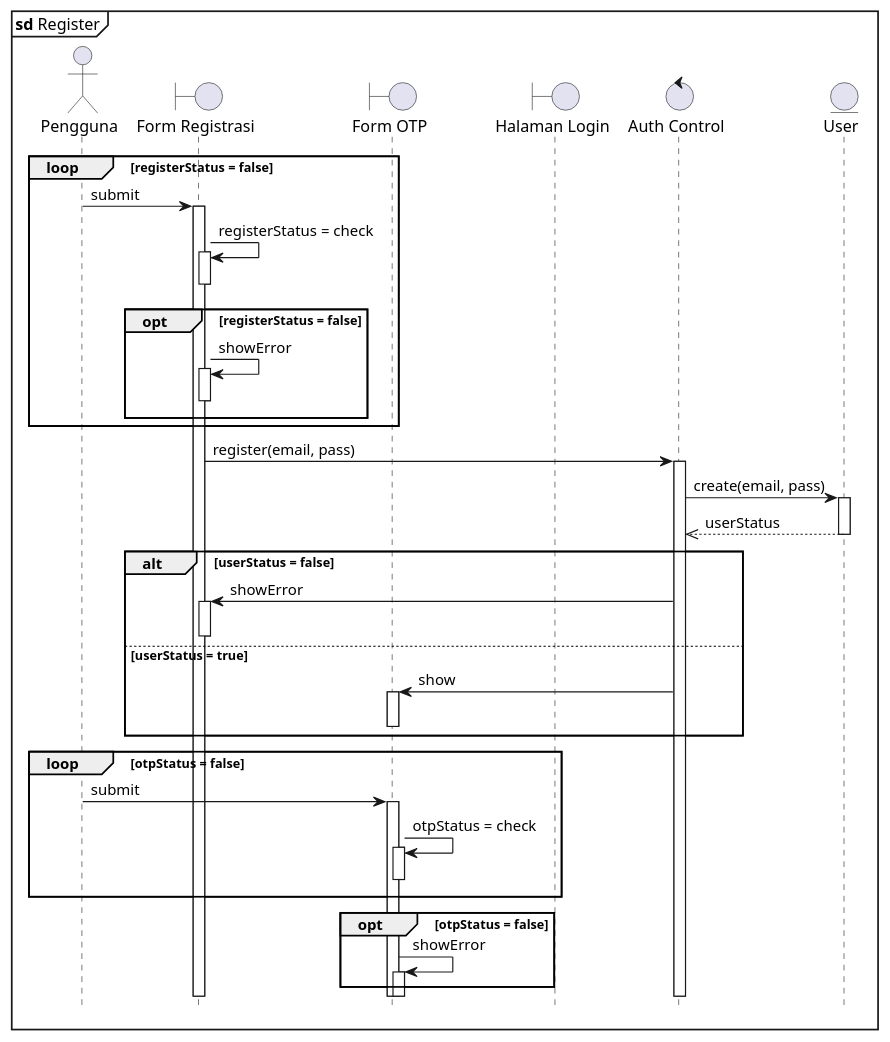
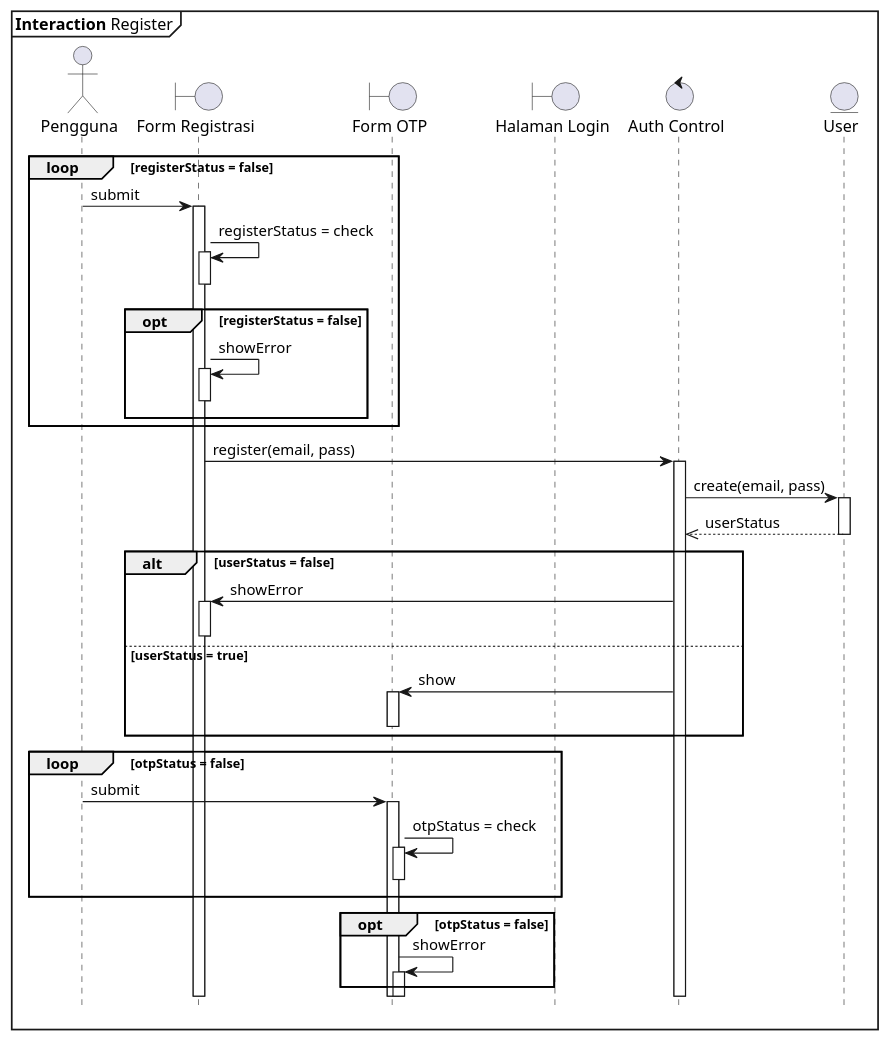
The diagram in sequence/register.puml (clarestarahma/manajemen-investasi), drawn with PlantUML before and after one commit. The commit also changed 18 other files, not shown here.

Commit message:
merubah sebagian besar sequence diagram

```diff
--- a/sequence/register.puml
+++ b/sequence/register.puml
@@ -1,48 +1,48 @@
 @startuml Sequence
 
 hide footbox
 autoactivate on
 
-mainframe **sd** Register
+mainframe **Interaction** Register
 
 actor "Pengguna"
 boundary "Form Registrasi" as FR
 boundary "Form OTP" as FOTP
 boundary "Halaman Login" as HL
 control "Auth Control" as AC
 ' entity "Auth Service" as ASR
 entity "User" as user
 
 loop registerStatus = false
     Pengguna -> FR: submit
     FR -> FR: registerStatus = check 
     deactivate FR
 
     opt registerStatus = false
         FR -> FR: showError
         deactivate FR
     end
 end 
 
 FR -> AC : register(email, pass)
 AC -> user : create(email, pass)
 user -->> AC : userStatus
 
 alt userStatus = false
     AC -> FR : showError
     deactivate FR  
 else userStatus = true 
     AC -> FOTP : show
     deactivate FOTP
 end
     loop otpStatus = false
         Pengguna -> FOTP: submit
         FOTP -> FOTP: otpStatus = check
         deactivate FOTP
     end
         opt otpStatus = false
             FOTP -> FOTP: showError
         end
 
 
 @enduml
```
